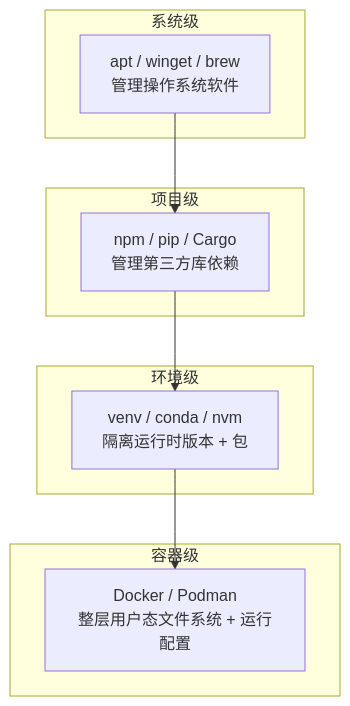
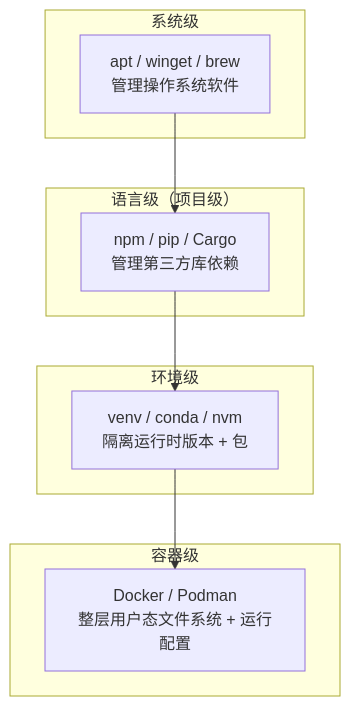
Before and after one commit to PurslaneMa/PurslaneMa.github.io: the diagram in 02-终端与工具/09-软件运行时SDK与包管理器.md, drawn with Mermaid. The commit also changed other lines of this file and 65 other files, not shown here.

````diff
--- a/02-终端与工具/09-软件运行时SDK与包管理器.md
+++ b/02-终端与工具/09-软件运行时SDK与包管理器.md
@@ -138,16 +139,16 @@
 ```mermaid
 graph TD
     subgraph 容器级
         D[Docker / Podman<br/>整层用户态文件系统 + 运行配置]
     end
     subgraph 环境级
         C[venv / conda / nvm<br/>隔离运行时版本 + 包]
     end
-    subgraph 项目级
+    subgraph "语言级（项目级）"
         B[npm / pip / Cargo<br/>管理第三方库依赖]
     end
     subgraph 系统级
         A[apt / winget / brew<br/>管理操作系统软件]
     end
     A --> B --> C --> D
 ```
````
